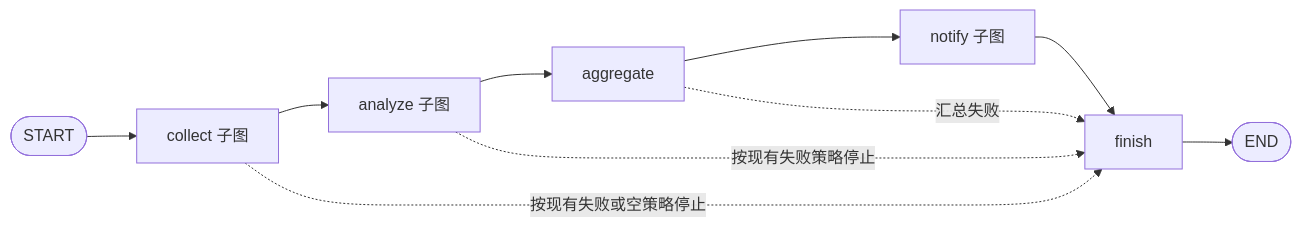
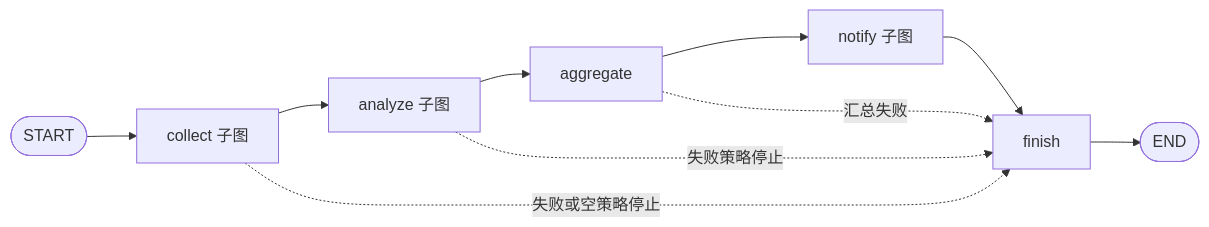
Before and after one commit to striiiiiing/WorkFLowWeave: the first of 2 diagrams in openspec/changes/redesign-workflow/design.md, drawn with Mermaid. The commit also changed other lines of this file and 67 other files, not shown here.

````diff
--- a/openspec/changes/redesign-workflow/design.md
+++ b/openspec/changes/redesign-workflow/design.md
@@ -34,12 +31,12 @@
 ```mermaid
 flowchart LR
     S([START]) --> C[collect 子图]
     C --> A[analyze 子图]
     A --> G[aggregate]
     G --> N[notify 子图]
     N --> F[finish]
     F --> E([END])
-    C -. 按现有失败或空策略停止 .-> F
-    A -. 按现有失败策略停止 .-> F
+    C -. 失败或空策略停止 .-> F
+    A -. 失败策略停止 .-> F
     G -. 汇总失败 .-> F
 ```
````
